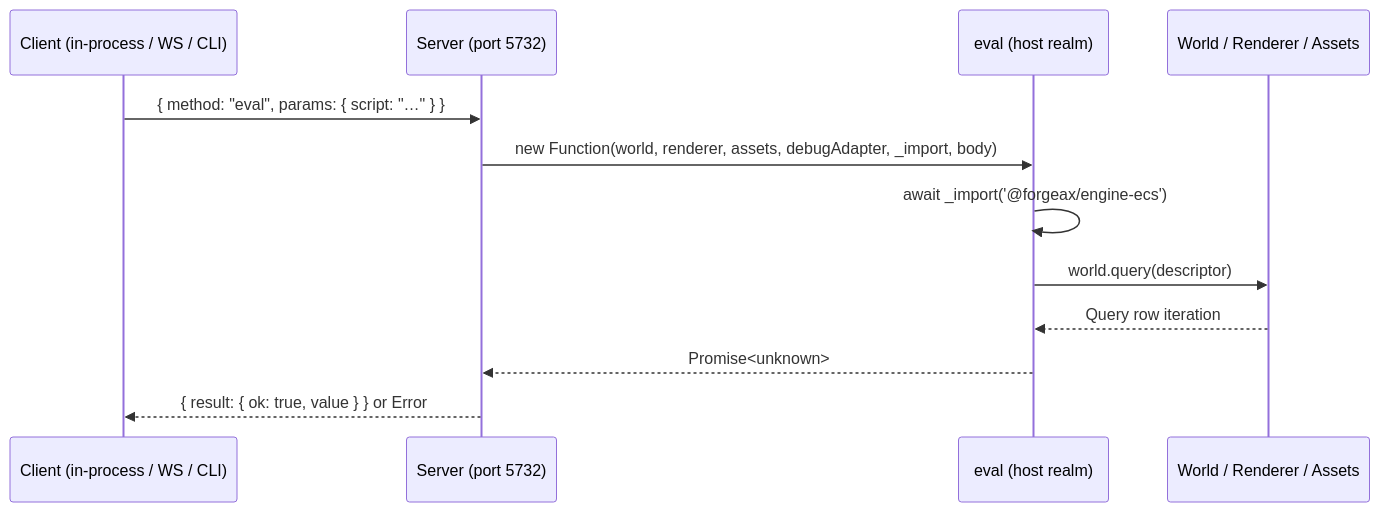
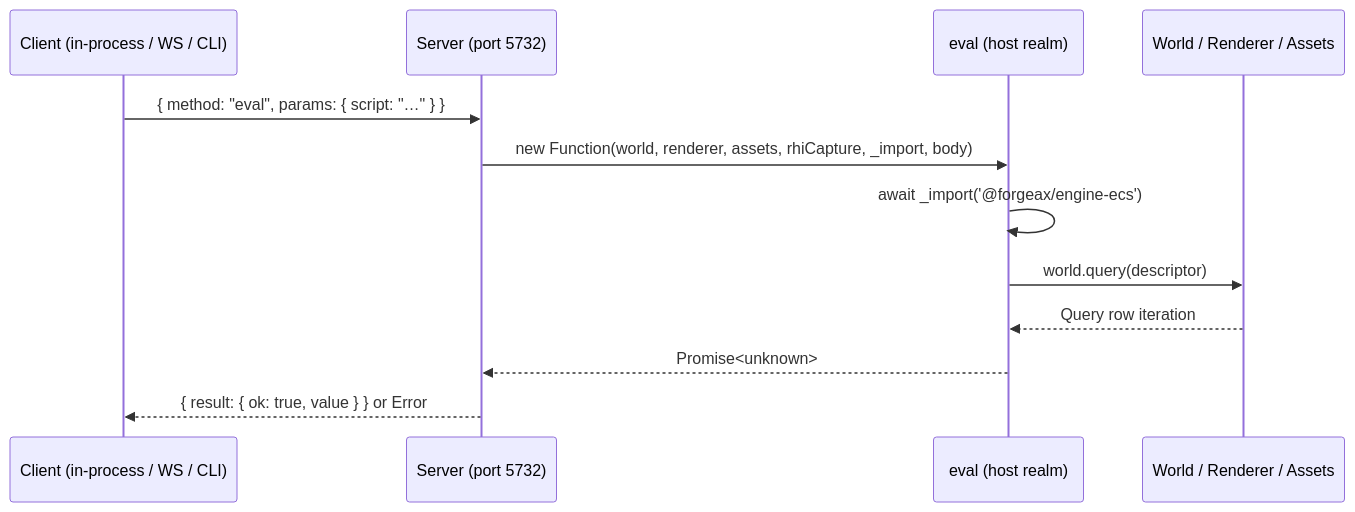
One commit to ForgeaX-Games/forgeax-editor changed the second of 4 diagrams in packages/engine/packages/remote/README.md. Above: the diagram before and after it, drawn with Mermaid. The commit also changed other lines of this file and 5042 other files, not shown here.

````diff
--- a/packages/engine/packages/remote/README.md
+++ b/packages/engine/packages/remote/README.md
@@ -25,15 +24,15 @@
 ```mermaid
 sequenceDiagram
     participant C as Client (in-process / WS / CLI)
     participant S as Server (port 5732)
     participant E as eval (host realm)
     participant W as World / Renderer / Assets
 
     C->>S: { method: "eval", params: { script: "…" } }
-    S->>E: new Function(world, renderer, assets, debugAdapter, _import, body)
+    S->>E: new Function(world, renderer, assets, rhiCapture, _import, body)
     E->>E: await _import('@forgeax/engine-ecs')
     E->>W: world.query(descriptor)
     W-->>E: Query row iteration
     E-->>S: Promise<unknown>
     S-->>C: { result: { ok: true, value } } or Error
 ```
````
